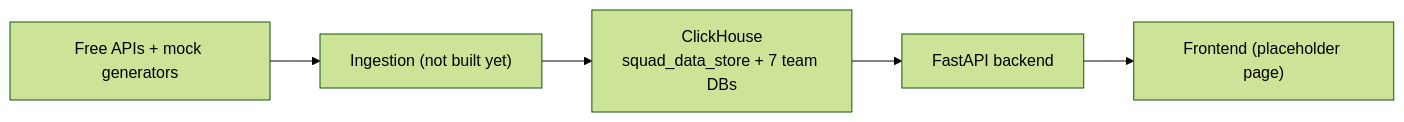
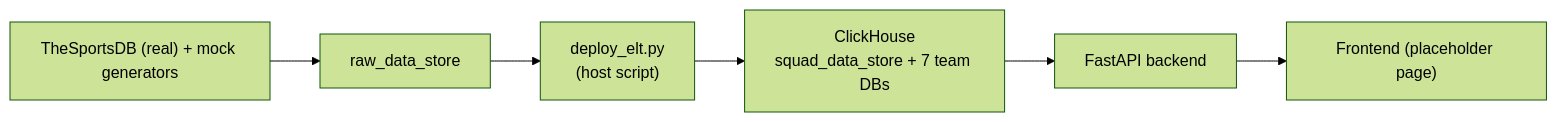
Before and after one commit to priyanshubiswas-tech/squad-console: the diagram in README.md, drawn with Mermaid (forest theme). The commit also changed other lines of this file and 29 other files, not shown here.

First line of the commit message:
Add ELT pipeline: real TheSportsDB data + synthetic fields into ClickHouse

````diff
--- a/README.md
+++ b/README.md
@@ -28,7 +31,8 @@
 ```mermaid
 flowchart LR
-    ext["Free APIs + mock generators"] --> ingest["Ingestion (not built yet)"]
+    ext["TheSportsDB (real) + mock generators"] --> raw["raw_data_store"]
+    raw --> ingest["deploy_elt.py\n(host script)"]
     ingest --> ch["ClickHouse\nsquad_data_store + 7 team DBs"]
     ch --> backend["FastAPI backend"]
     backend --> frontend["Frontend (placeholder page)"]
 ```
````
